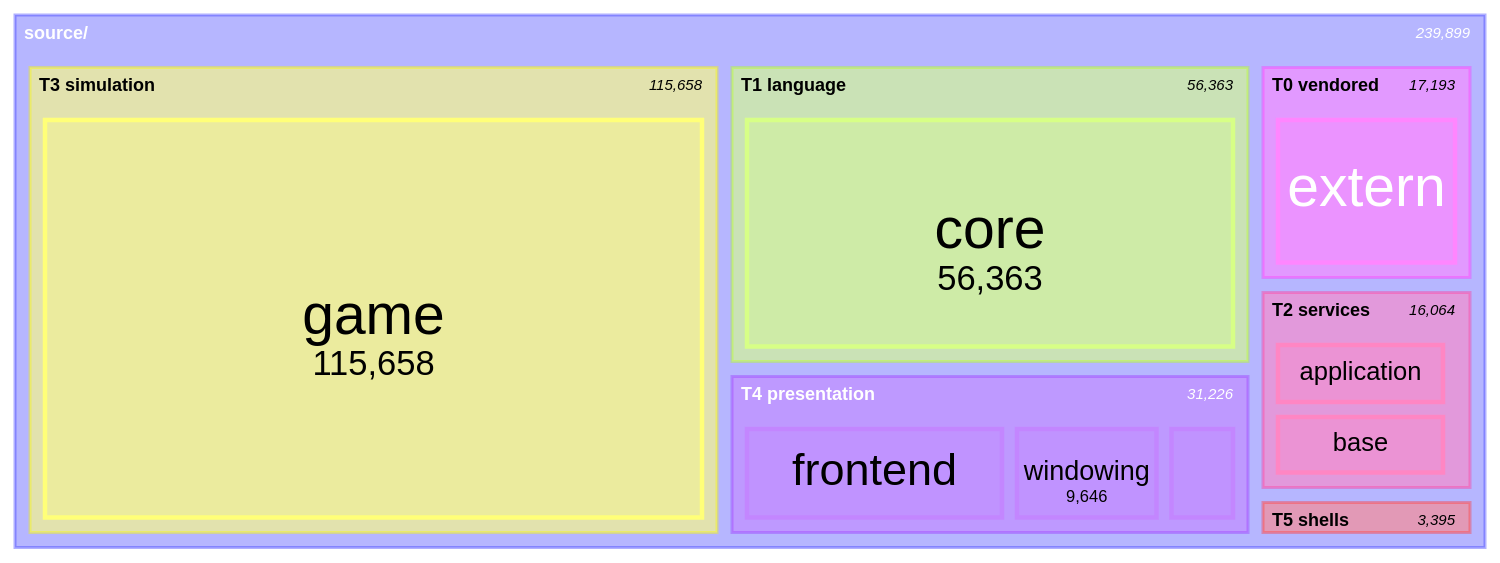
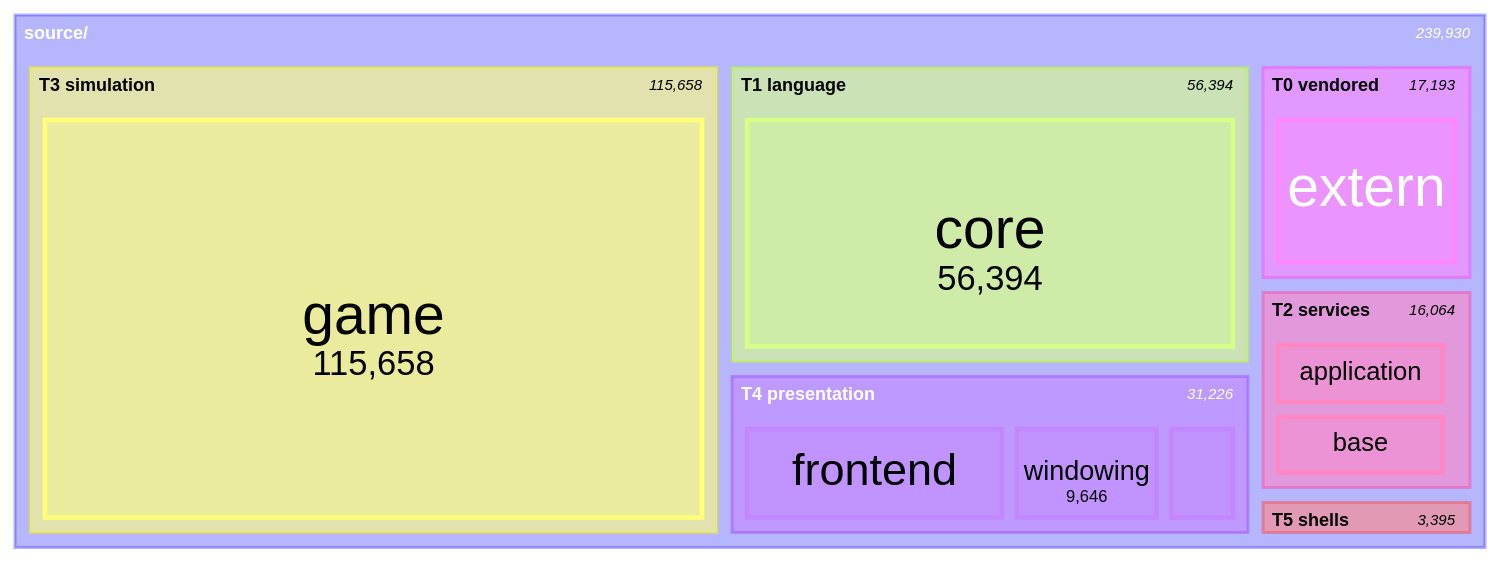
The seventh of 11 diagrams in docs/architecture/system-boundaries.md (apnex/OpenStarbound), drawn with Mermaid before and after one commit. The commit also changed other lines of this file and 6 other files, not shown here.

````diff
--- a/docs/architecture/system-boundaries.md
+++ b/docs/architecture/system-boundaries.md
@@ -592,22 +592,22 @@
 ```mermaid
 treemap-beta
 "source/"
     "T0 vendored"
         "extern": 17193
     "T1 language"
-        "core": 56363
+        "core": 56394
     "T2 services"
         "application": 7607
         "base": 7468
         "metrics": 847
         "platform": 142
     "T3 simulation"
         "game": 115658
     "T4 presentation"
         "frontend": 16863
         "windowing": 9646
         "rendering": 4717
     "T5 shells"
         "client": 2612
         "server": 783
 ```
````
